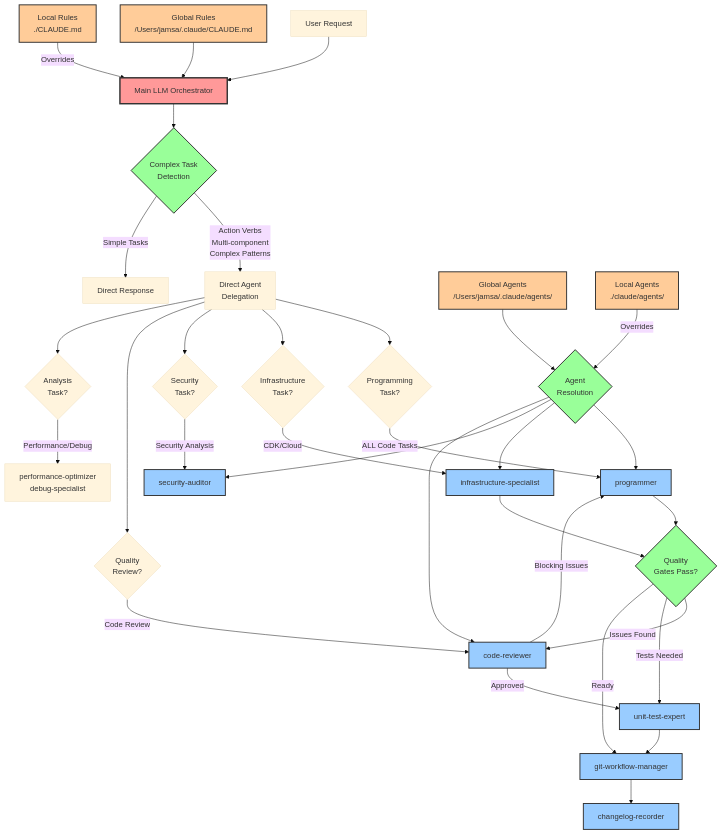
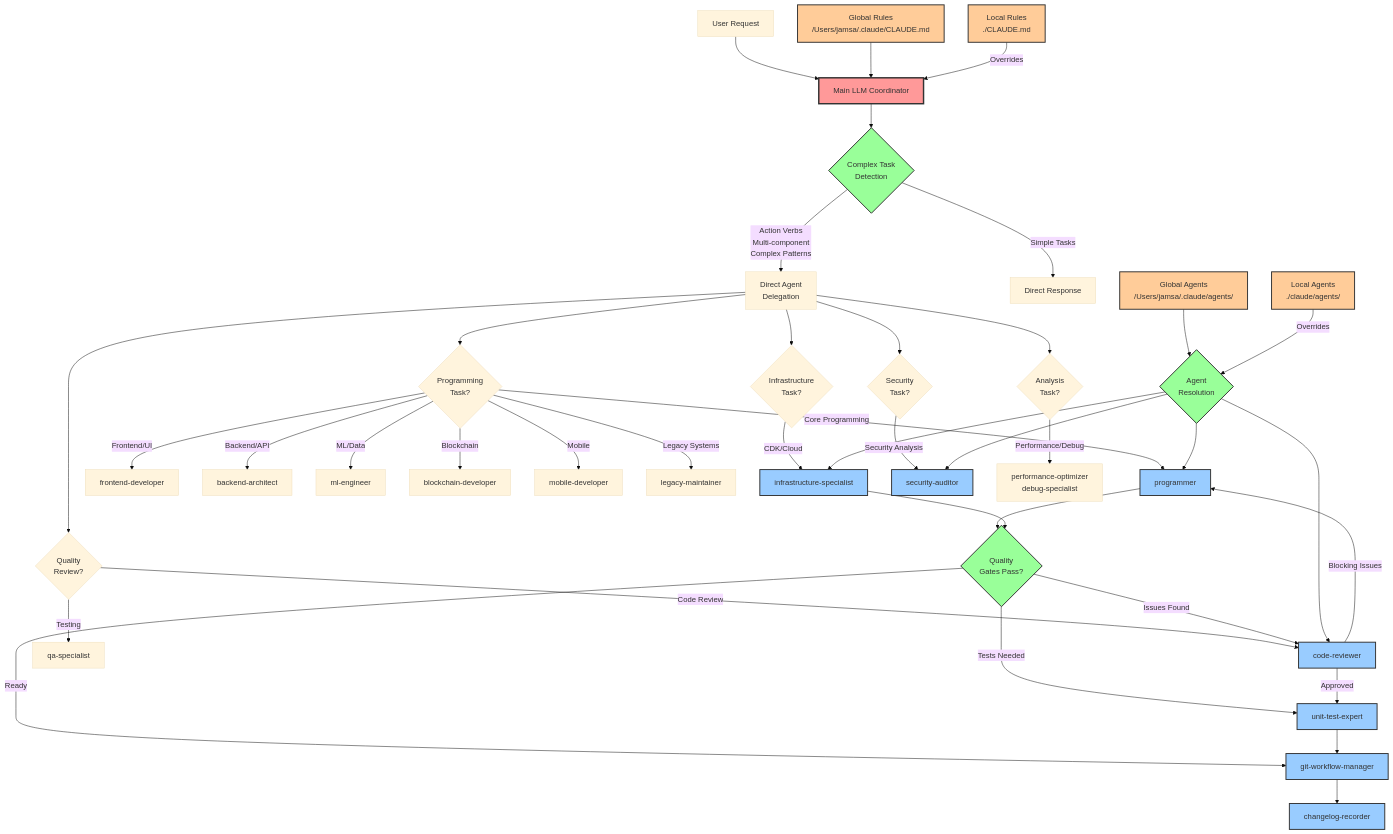
The first of 2 diagrams in AGENT_ARCHITECTURE.md (robertmnyborg/claude-oak-agents), drawn with Mermaid (base theme) before and after one commit. The commit also changed other lines of this file and 28 other files, not shown here.

````diff
--- a/AGENT_ARCHITECTURE.md
+++ b/AGENT_ARCHITECTURE.md
@@ -9,58 +9,66 @@
 ```mermaid
 graph TD
-    User[User Request] --> MainLLM[Main LLM Orchestrator]
+    User[User Request] --> MainLLM[Main LLM Coordinator]
 
     MainLLM --> DetectComplex{Complex Task<br/>Detection}
 
     DetectComplex -->|Action Verbs<br/>Multi-component<br/>Complex Patterns| Delegate[Direct Agent<br/>Delegation]
     DetectComplex -->|Simple Tasks| DirectResponse[Direct Response]
 
     Delegate --> Programming{Programming<br/>Task?}
     Delegate --> Infrastructure{Infrastructure<br/>Task?}
     Delegate --> Security{Security<br/>Task?}
     Delegate --> Quality{Quality<br/>Review?}
     Delegate --> Analysis{Analysis<br/>Task?}
 
-    Programming -->|ALL Code Tasks| Programmer[programmer]
+    Programming -->|Core Programming| Programmer[programmer]
+    Programming -->|Frontend/UI| FrontendDev[frontend-developer]
+    Programming -->|Backend/API| BackendArch[backend-architect]
+    Programming -->|ML/Data| MLEngineer[ml-engineer]
+    Programming -->|Blockchain| BlockchainDev[blockchain-developer]
+    Programming -->|Mobile| MobileDev[mobile-developer]
+    Programming -->|Legacy Systems| LegacyMaint[legacy-maintainer]
+
     Infrastructure -->|CDK/Cloud| InfraSpec[infrastructure-specialist]
     Security -->|Security Analysis| SecAuditor[security-auditor]
     Quality -->|Code Review| CodeReviewer[code-reviewer]
+    Quality -->|Testing| QASpec[qa-specialist]
     Analysis -->|Performance/Debug| AnalysisAgents[performance-optimizer<br/>debug-specialist]
 
     %% Workflow Dependencies
     Programmer --> QualityGate{Quality<br/>Gates Pass?}
     InfraSpec --> QualityGate
 
     QualityGate -->|Issues Found| CodeReviewer
     QualityGate -->|Tests Needed| UnitTest[unit-test-expert]
     QualityGate -->|Ready| GitOps[git-workflow-manager]
 
     CodeReviewer -->|Blocking Issues| Programmer
     CodeReviewer -->|Approved| UnitTest
 
     UnitTest --> GitOps
     GitOps --> Changelog[changelog-recorder]
 
     %% Rule Inheritance
     GlobalRules[Global Rules<br/>/Users/jamsa/.claude/CLAUDE.md] --> MainLLM
     LocalRules[Local Rules<br/>./CLAUDE.md] -->|Overrides| MainLLM
 
     GlobalAgents[Global Agents<br/>/Users/jamsa/.claude/agents/] --> AgentResolution{Agent<br/>Resolution}
     LocalAgents[Local Agents<br/>./claude/agents/] -->|Overrides| AgentResolution
 
     AgentResolution --> Programmer
     AgentResolution --> InfraSpec
     AgentResolution --> SecAuditor
     AgentResolution --> CodeReviewer
 
     %% Styling
-    classDef orchestrator fill:#ff9999,stroke:#333,stroke-width:3px
+    classDef coordinator fill:#ff9999,stroke:#333,stroke-width:3px
     classDef agent fill:#99ccff,stroke:#333,stroke-width:2px
     classDef workflow fill:#99ff99,stroke:#333,stroke-width:2px
     classDef config fill:#ffcc99,stroke:#333,stroke-width:2px
 
-    class MainLLM orchestrator
+    class MainLLM coordinator
     class Programmer,InfraSpec,SecAuditor,CodeReviewer,UnitTest,GitOps,Changelog agent
     class QualityGate,DetectComplex,AgentResolution workflow
     class GlobalRules,LocalRules,GlobalAgents,LocalAgents config
 ```
````
